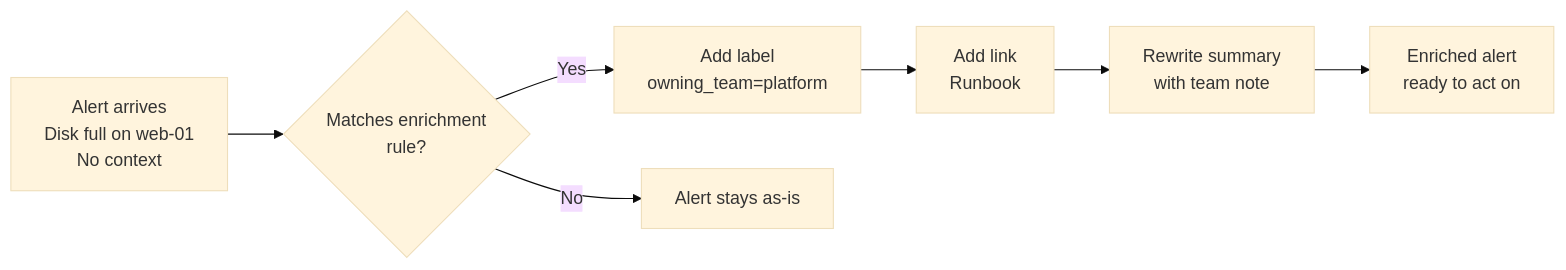
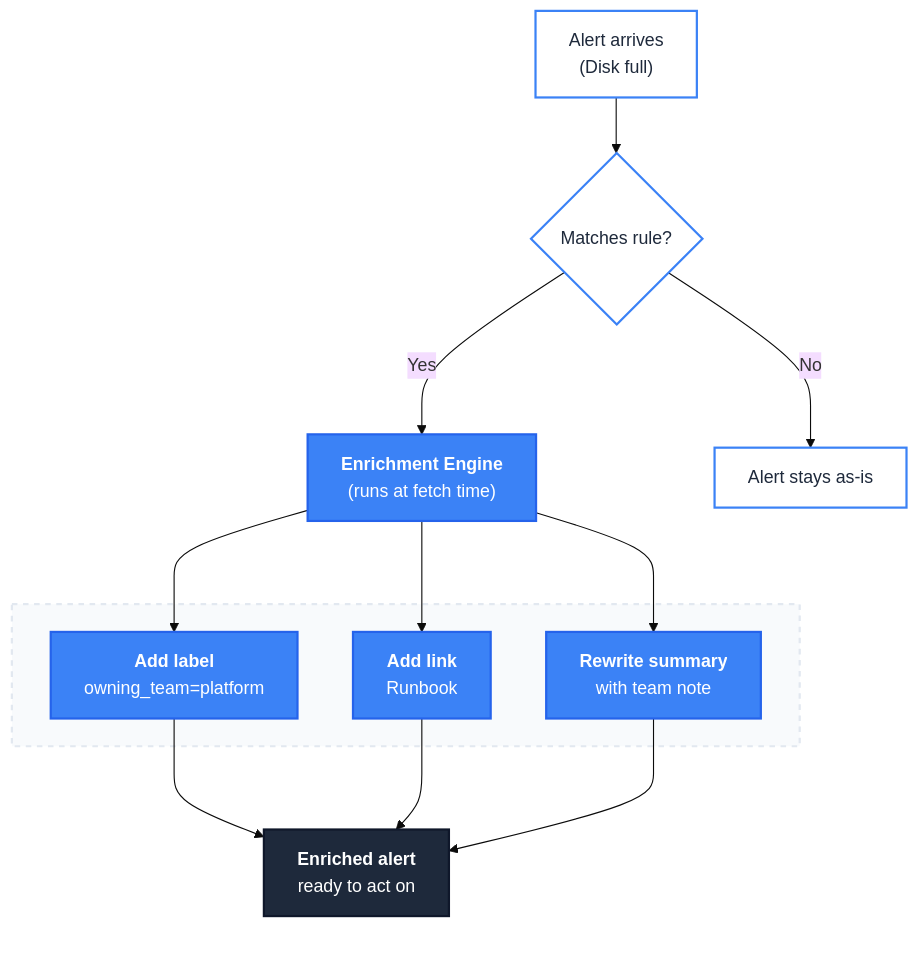
The first of 2 diagrams in content/posts/enrichments.md (Mike-4-prog/opsimate-website), drawn with Mermaid (base theme) before and after one commit. The commit also changed other lines of this file and 2 other files, not shown here.

Commit message:
docs(blog): polish diagrams, add enriched alert screenshot, and update cover
- Redesign Mermaid diagrams for a cleaner, more modern layout
- Add screenshot of the enriched alert from the guide
- Update cover image to better match the post's theme

Addresses review feedback on PR #113.

````diff
--- a/content/posts/enrichments.md
+++ b/content/posts/enrichments.md
@@ -39,17 +39,40 @@
 ```mermaid
-flowchart LR
-    A["Alert arrives<br/>Disk full on web-01<br/>No context"]
-    B{"Matches enrichment<br/>rule?"}
-    C["Add label<br/>owning_team=platform"]
-    D["Add link<br/>Runbook"]
-    E["Rewrite summary<br/>with team note"]
-    F["Enriched alert<br/>ready to act on"]
-    G["Alert stays as-is"]
+flowchart TB
+    subgraph Control[" "]
+        style Control fill:none,stroke:none;
+        
+        kgw["<b>Enrichment Engine</b><br/>(runs at fetch time)"]
+    end
+
+    subgraph Actions[" "]
+        style Actions fill:#f8fafc,stroke:#e2e8f0,stroke-width:2px,stroke-dasharray: 5 5;
+        C["<b>Add label</b><br/>owning_team=platform"]
+        D["<b>Add link</b><br/>Runbook"]
+        E["<b>Rewrite summary</b><br/>with team note"]
+    end
+
+    subgraph Result[" "]
+        style Result fill:none,stroke:none;
+        F["<b>Enriched alert</b><br/>ready to act on"]
+    end
+
+    A["Alert arrives<br/>(Disk full)"]
+    B{"Matches rule?"}
 
     A --> B
-    B -->|Yes| C
-    B -->|No| G
-    C --> D
-    D --> E
-    E --> F
+    B -->|Yes| kgw
+    kgw --> C
+    kgw --> D
+    kgw --> E
+    C & D & E --> F
+    B -->|No| G["Alert stays as-is"]
+
+    %% OpsiMate Blue Styling
+    classDef blueBox fill:#3b82f6,stroke:#2563eb,color:#ffffff,stroke-width:2px;
+    classDef darkBox fill:#1e293b,stroke:#0f172a,color:#ffffff,stroke-width:2px;
+    classDef whiteBox fill:#ffffff,stroke:#3b82f6,color:#1e293b,stroke-width:2px;
+
+    class kgw,C,D,E blueBox;
+    class F darkBox;
+    class A,B,G whiteBox;
 ```
````
